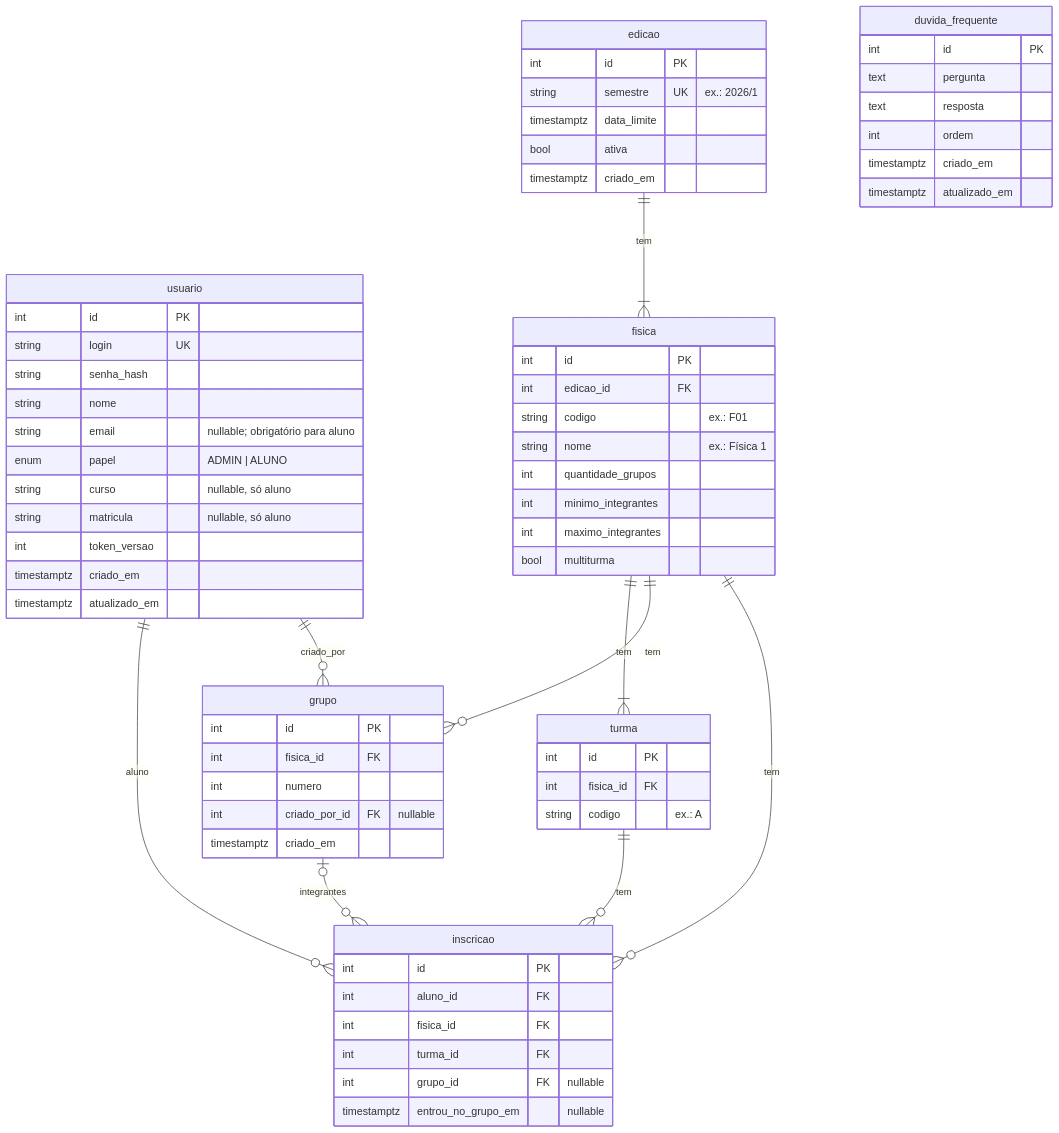
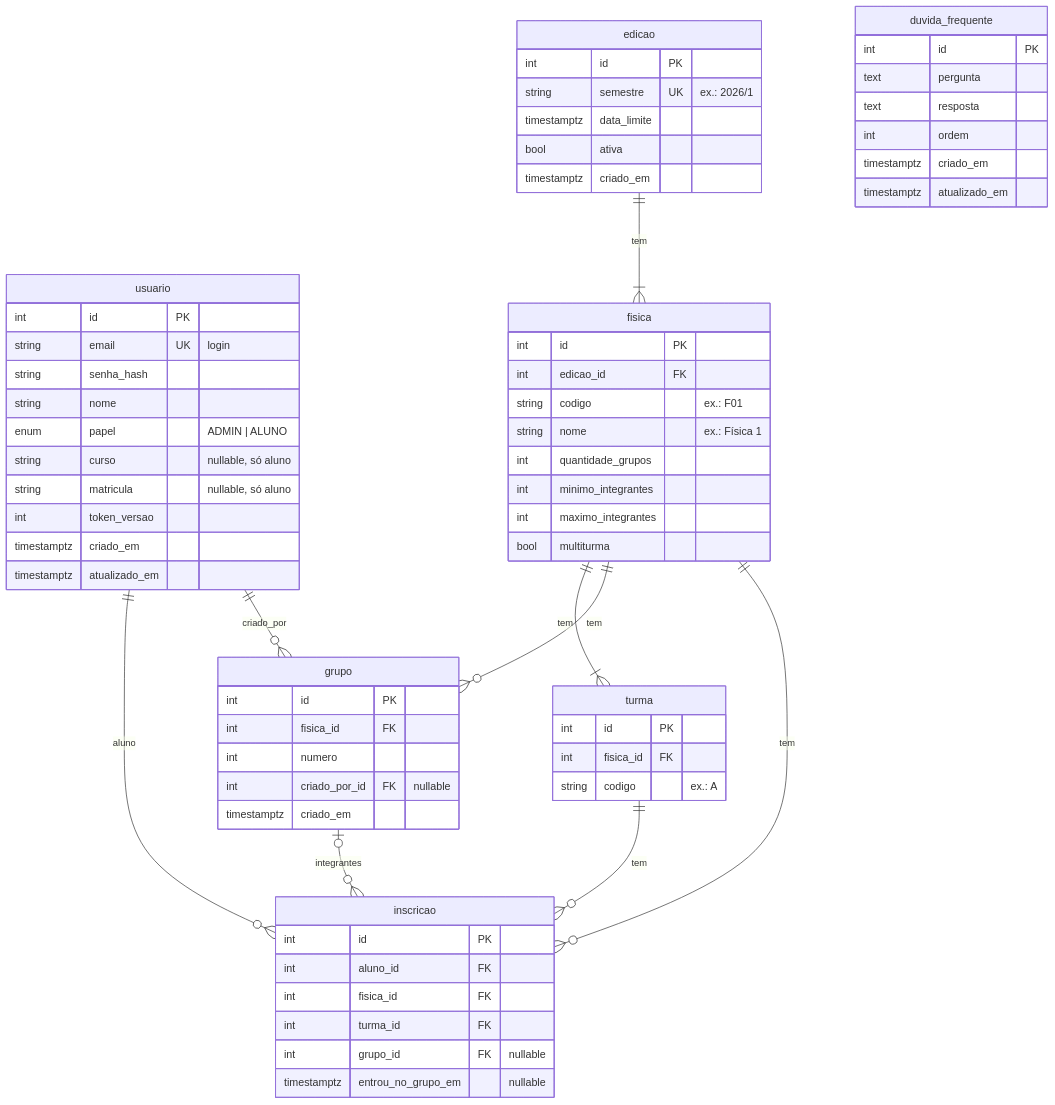
The diagram in docs/modelo-banco.md (cdghubinatel/SefiTeam-Versao-2), drawn with Mermaid before and after one commit. The commit also changed other lines of this file and 7 other files, not shown here.

````diff
--- a/docs/modelo-banco.md
+++ b/docs/modelo-banco.md
@@ -7,70 +7,69 @@
 ```mermaid
 erDiagram
     usuario ||--o{ inscricao : "aluno"
     usuario ||--o{ grupo : "criado_por"
     edicao ||--|{ fisica : "tem"
     fisica ||--|{ turma : "tem"
     fisica ||--o{ grupo : "tem"
     fisica ||--o{ inscricao : "tem"
     turma ||--o{ inscricao : "tem"
     grupo |o--o{ inscricao : "integrantes"
 
     usuario {
         int id PK
-        string login UK
+        string email UK "login"
         string senha_hash
         string nome
-        string email "nullable; obrigatório para aluno"
         enum papel "ADMIN | ALUNO"
         string curso "nullable, só aluno"
         string matricula "nullable, só aluno"
         int token_versao
         timestamptz criado_em
         timestamptz atualizado_em
     }
     edicao {
         int id PK
         string semestre UK "ex.: 2026/1"
         timestamptz data_limite
         bool ativa
         timestamptz criado_em
     }
     fisica {
         int id PK
         int edicao_id FK
         string codigo "ex.: F01"
         string nome "ex.: Física 1"
         int quantidade_grupos
         int minimo_integrantes
         int maximo_integrantes
         bool multiturma
     }
     turma {
         int id PK
         int fisica_id FK
         string codigo "ex.: A"
     }
     grupo {
         int id PK
         int fisica_id FK
         int numero
         int criado_por_id FK "nullable"
         timestamptz criado_em
     }
     inscricao {
         int id PK
         int aluno_id FK
         int fisica_id FK
         int turma_id FK
         int grupo_id FK "nullable"
         timestamptz entrou_no_grupo_em "nullable"
     }
     duvida_frequente {
         int id PK
         text pergunta
         text resposta
         int ordem
         timestamptz criado_em
         timestamptz atualizado_em
     }
 ```
````
